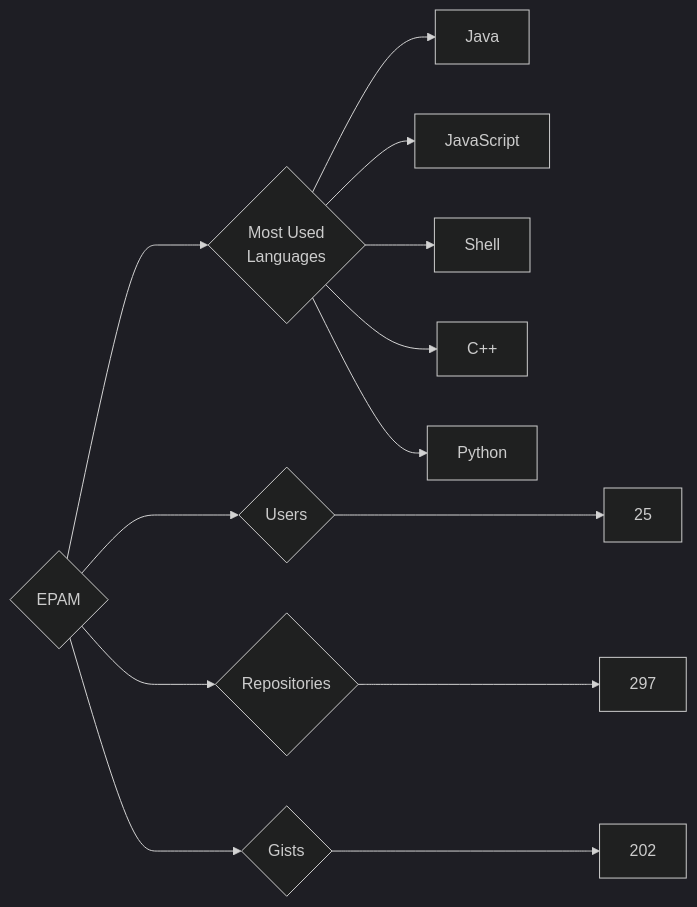
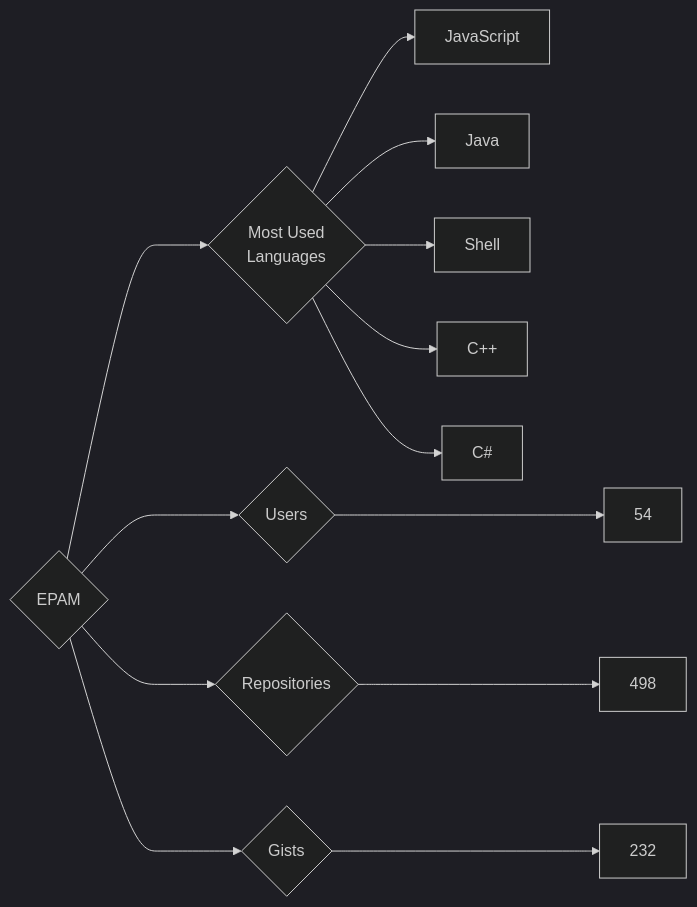
Before and after one commit to trickest/insiders: the diagram in targets/EPAM/README.md, drawn with Mermaid (dark theme). The commit also changed 693 other files, not shown here.

````diff
--- a/targets/EPAM/README.md
+++ b/targets/EPAM/README.md
@@ -3,13 +3,13 @@
 ```mermaid
 graph LR
 COMPANY_NAME{EPAM}
-COMPANY_NAME ---> U{Users} ---> UN[25]
-COMPANY_NAME ---> R{Repositories} ---> RN[297]
-COMPANY_NAME ---> G{Gists} ---> GN[202]
+COMPANY_NAME ---> U{Users} ---> UN[54]
+COMPANY_NAME ---> R{Repositories} ---> RN[498]
+COMPANY_NAME ---> G{Gists} ---> GN[232]
 COMPANY_NAME ---> ML{Most Used<br>Languages}
+ML --> JavaScript[JavaScript]
 ML --> Java[Java]
-ML --> JavaScript[JavaScript]
 ML --> Shell[Shell]
 ML --> C++[C++]
-ML --> Python[Python]
+ML --> C#[C#]
 ```
````
